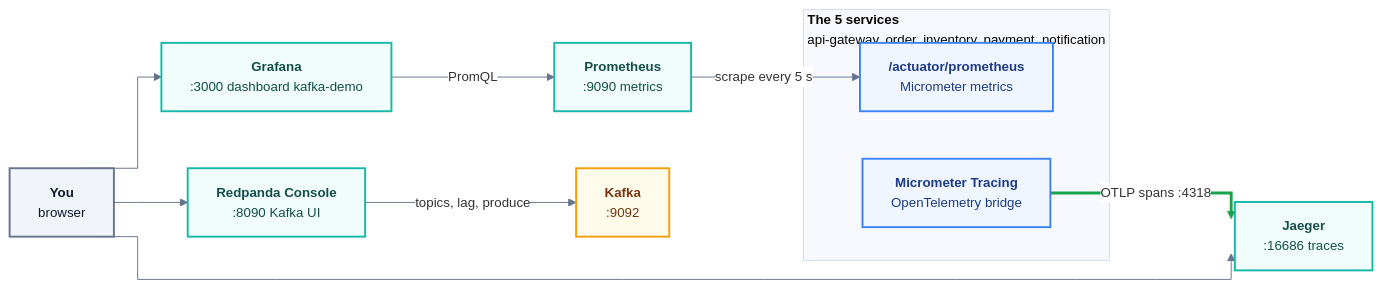
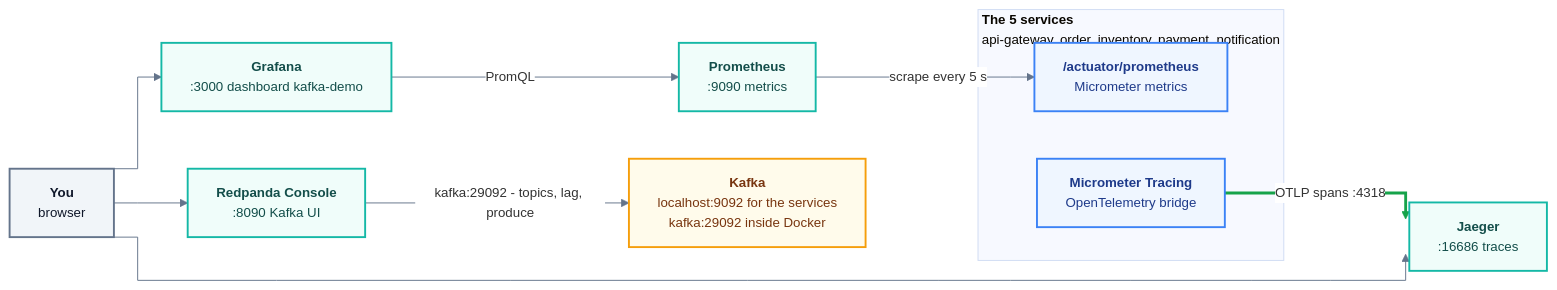
The diagram in docs/observability.mmd (haidakto321/kafka-microservies), drawn with Mermaid before and after one commit. The commit also changed 6 other files, not shown here.

First line of the commit message:
fix(scripts): fail fast on busy ports and dead processes; diagram fixes

```diff
--- a/docs/observability.mmd
+++ b/docs/observability.mmd
@@ -1,26 +1,26 @@
 %%{init: {'theme':'base', 'flowchart': {'curve':'stepAfter'}, 'themeVariables': {'fontSize':'14px', 'fontFamily':'Segoe UI, Arial', 'lineColor':'#64748b', 'edgeLabelBackground':'#ffffff'}}}%%
 flowchart LR
     subgraph APPS["<b>The 5 services</b><br/>api-gateway, order, inventory, payment, notification"]
         ACT["<b>/actuator/prometheus</b><br/>Micrometer metrics"]:::blue
         OTEL["<b>Micrometer Tracing</b><br/>OpenTelemetry bridge"]:::blue
     end
     JAEGER["<b>Jaeger</b><br/>:16686 traces"]:::teal
     PROM["<b>Prometheus</b><br/>:9090 metrics"]:::teal
     GRAF["<b>Grafana</b><br/>:3000 dashboard kafka-demo"]:::teal
-    KAFKA["<b>Kafka</b><br/>:9092"]:::amber
+    KAFKA["<b>Kafka</b><br/>localhost:9092 for the services<br/>kafka:29092 inside Docker"]:::amber
     CONSOLE["<b>Redpanda Console</b><br/>:8090 Kafka UI"]:::teal
     YOU["<b>You</b><br/>browser"]:::grey
 
     OTEL ==>|OTLP spans :4318| JAEGER
     PROM -->|scrape every 5 s| ACT
     GRAF -->|PromQL| PROM
-    CONSOLE -->|topics, lag, produce| KAFKA
+    CONSOLE -->|kafka:29092 - topics, lag, produce| KAFKA
     YOU --> JAEGER
     YOU --> GRAF
     YOU --> CONSOLE
 
     classDef grey stroke:#64748b,fill:#f1f5f9,stroke-width:2px,color:#0f172a
     classDef blue stroke:#3b82f6,fill:#eff6ff,stroke-width:2px,color:#1e3a8a
     classDef teal stroke:#14b8a6,fill:#f0fdfa,stroke-width:2px,color:#134e4a
     classDef amber stroke:#f59e0b,fill:#fffbeb,stroke-width:2px,color:#78350f
     linkStyle 0 stroke:#16a34a,stroke-width:3px
```
